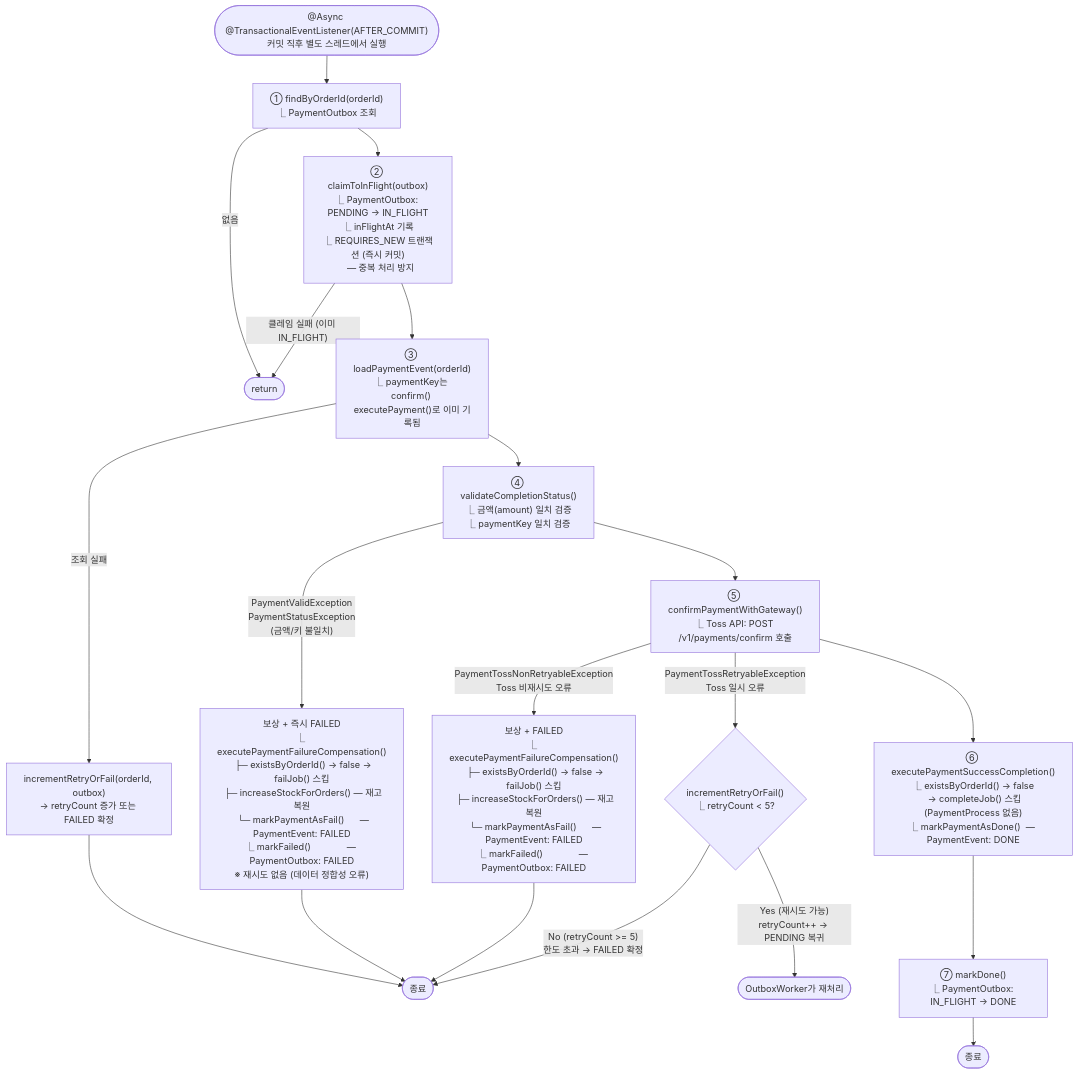
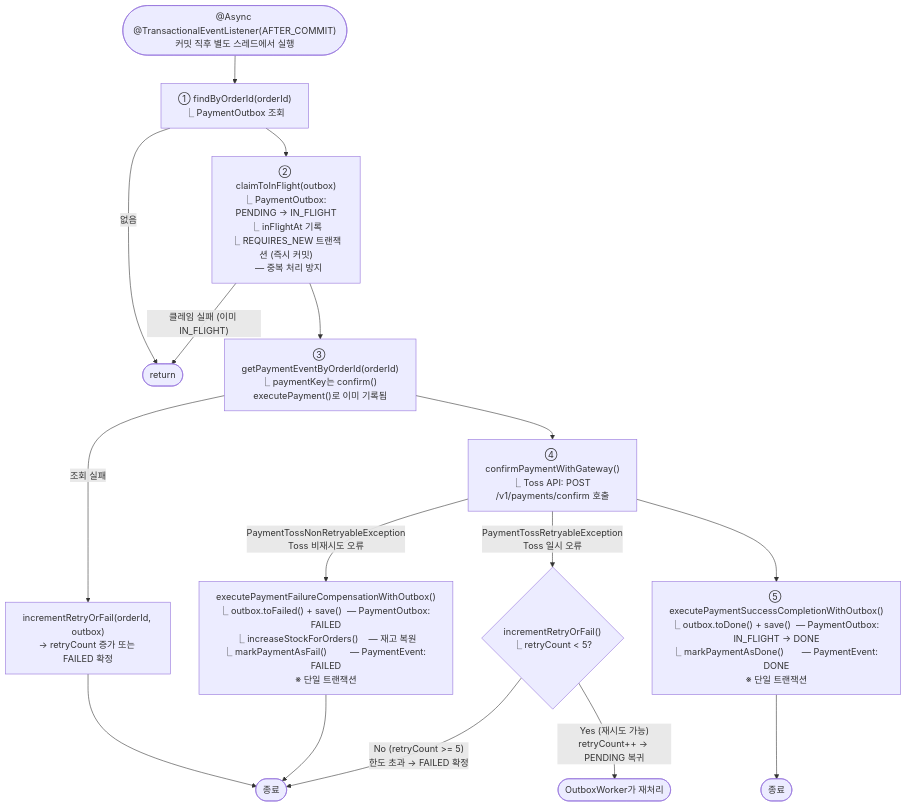
Before and after one commit to hyoguoo/payment-platform: the third of 6 diagrams in docs/context/CONFIRM-FLOW-FLOWCHART.md, drawn with Mermaid. The commit also changed other lines of this file and 3 other files, not shown here.

````diff
--- a/docs/context/CONFIRM-FLOW-FLOWCHART.md
+++ b/docs/context/CONFIRM-FLOW-FLOWCHART.md
@@ -126,41 +132,32 @@
 ```mermaid
 flowchart TD
     EV(["@Async @TransactionalEventListener(AFTER_COMMIT)\n커밋 직후 별도 스레드에서 실행"]) --> O
 
     O["① findByOrderId(orderId)\n⎿ PaymentOutbox 조회"]
     O -->|없음| SKIP([return])
     O --> C
 
     C["② claimToInFlight(outbox)\n⎿ PaymentOutbox: PENDING → IN_FLIGHT\n⎿ inFlightAt 기록\n⎿ REQUIRES_NEW 트랜잭션 (즉시 커밋)\n  — 중복 처리 방지"]
     C -->|"클레임 실패 (이미 IN_FLIGHT)"| SKIP
     C --> G
 
-    G["③ loadPaymentEvent(orderId)\n⎿ paymentKey는 confirm() executePayment()로 이미 기록됨"]
+    G["③ getPaymentEventByOrderId(orderId)\n⎿ paymentKey는 confirm() executePayment()로 이미 기록됨"]
     G -->|조회 실패| G_FAIL
     G_FAIL["incrementRetryOrFail(orderId, outbox)\n→ retryCount 증가 또는 FAILED 확정"]
     G_FAIL --> Z_END([종료])
-    G --> V
+    G --> F
 
-    V["④ validateCompletionStatus()\n⎿ 금액(amount) 일치 검증\n⎿ paymentKey 일치 검증"]
-    V -->|"PaymentValidException\nPaymentStatusException\n(금액/키 불일치)"| V_FAIL
-    V_FAIL["보상 + 즉시 FAILED\n⎿ executePaymentFailureCompensation()\n  ├─ existsByOrderId() → false → failJob() 스킵\n  ├─ increaseStockForOrders() — 재고 복원\n  └─ markPaymentAsFail()      — PaymentEvent: FAILED\n⎿ markFailed()              — PaymentOutbox: FAILED\n※ 재시도 없음 (데이터 정합성 오류)"]
-    V_FAIL --> Z_END
-
-    V --> F
-
-    F["⑤ confirmPaymentWithGateway()\n⎿ Toss API: POST /v1/payments/confirm 호출"]
+    F["④ confirmPaymentWithGateway()\n⎿ Toss API: POST /v1/payments/confirm 호출"]
     F -->|PaymentTossNonRetryableException\nToss 비재시도 오류| F_NR
-    F_NR["보상 + FAILED\n⎿ executePaymentFailureCompensation()\n  ├─ existsByOrderId() → false → failJob() 스킵\n  ├─ increaseStockForOrders() — 재고 복원\n  └─ markPaymentAsFail()      — PaymentEvent: FAILED\n⎿ markFailed()              — PaymentOutbox: FAILED"]
+    F_NR["executePaymentFailureCompensationWithOutbox()\n⎿ outbox.toFailed() + save()  — PaymentOutbox: FAILED\n⎿ increaseStockForOrders()    — 재고 복원\n⎿ markPaymentAsFail()         — PaymentEvent: FAILED\n※ 단일 트랜잭션"]
     F_NR --> Z_END
 
     F -->|PaymentTossRetryableException\nToss 일시 오류| F_R
     F_R{"incrementRetryOrFail()\n⎿ retryCount < 5?"}
     F_R -->|"Yes (재시도 가능)\nretryCount++ → PENDING 복귀"| RETRY(["OutboxWorker가 재처리"])
     F_R -->|"No (retryCount >= 5)\n한도 초과 → FAILED 확정"| Z_END
 
     F --> E
-    E["⑥ executePaymentSuccessCompletion()\n⎿ existsByOrderId() → false\n  → completeJob() 스킵 (PaymentProcess 없음)\n⎿ markPaymentAsDone()  — PaymentEvent: DONE"]
-    E --> D2
-    D2["⑦ markDone()\n⎿ PaymentOutbox: IN_FLIGHT → DONE"]
-    D2 --> Z_OK([종료])
+    E["⑤ executePaymentSuccessCompletionWithOutbox()\n⎿ outbox.toDone() + save()  — PaymentOutbox: IN_FLIGHT → DONE\n⎿ markPaymentAsDone()       — PaymentEvent: DONE\n※ 단일 트랜잭션"]
+    E --> Z_OK([종료])
 ```
````
